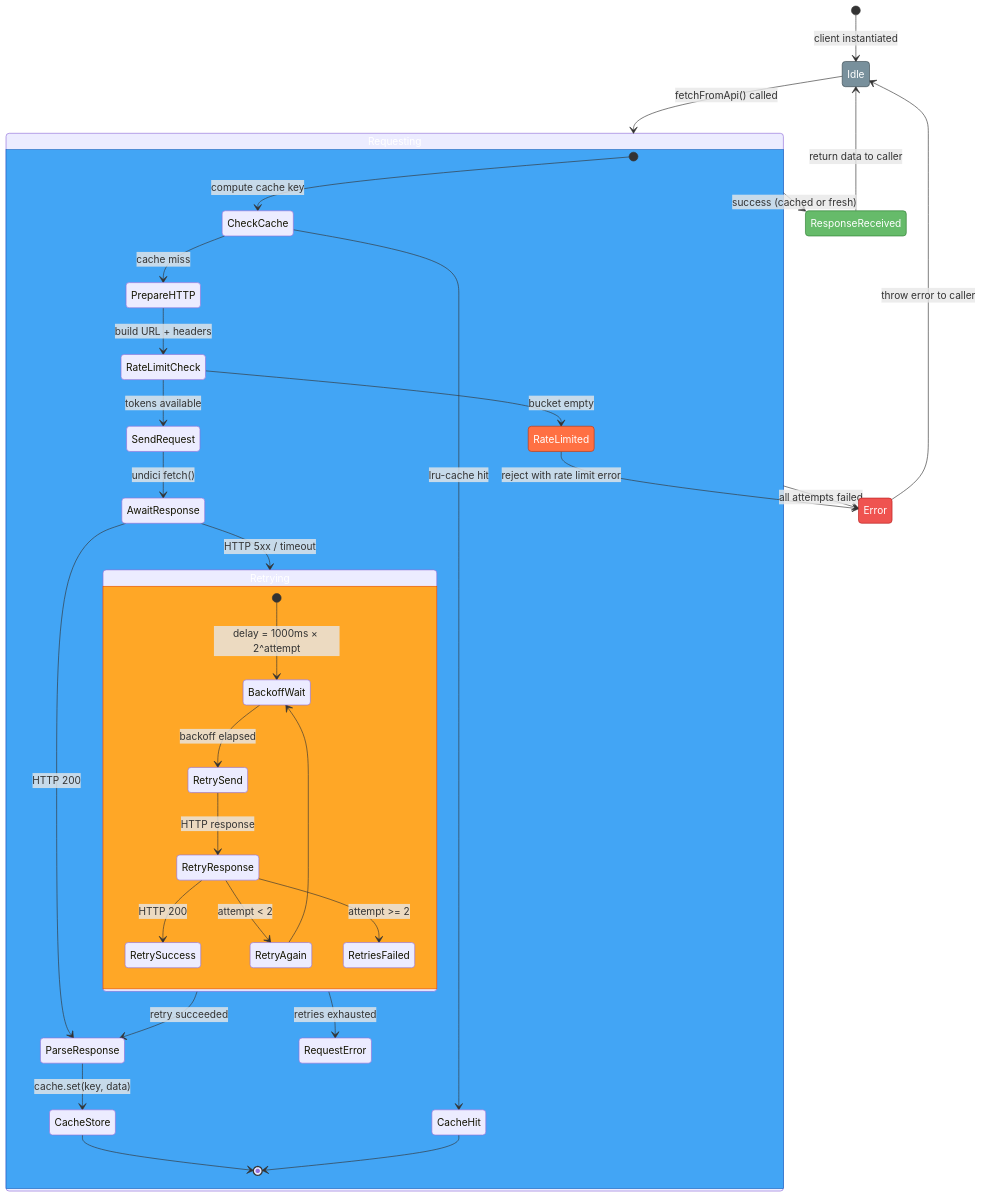
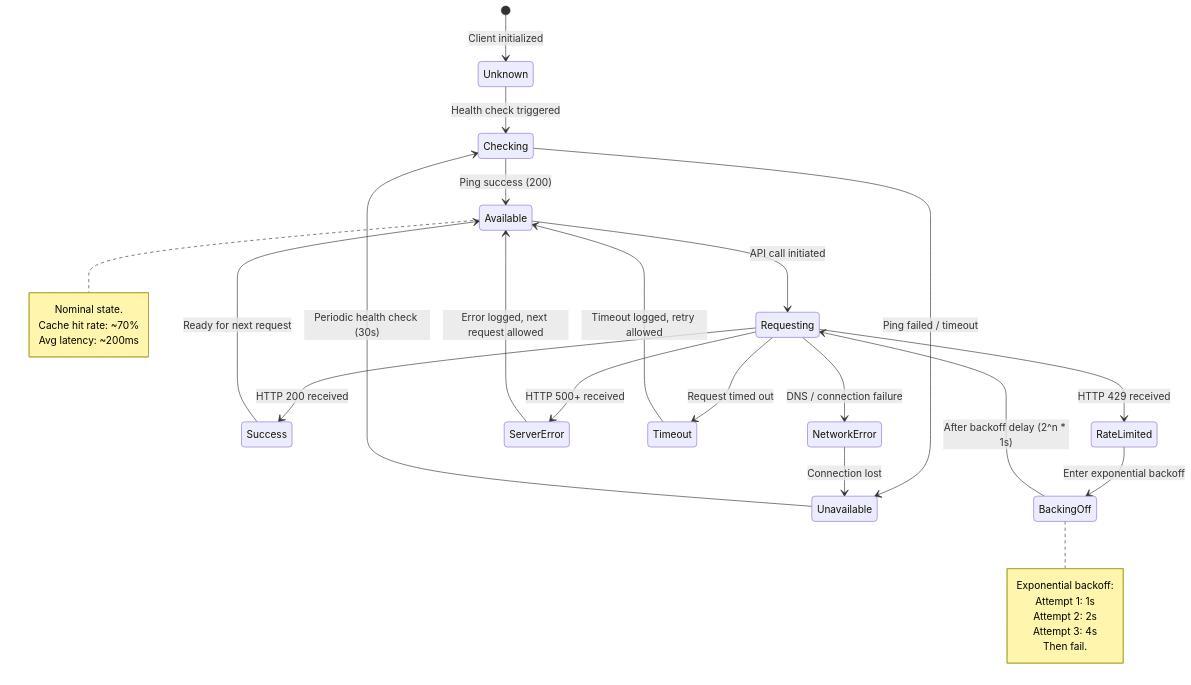
The third of 6 diagrams in STATEDIAGRAM.md (Hack23/European-Parliament-MCP-Server), drawn with Mermaid before and after one commit. The commit also changed other lines of this file and 13 other files, not shown here.

````diff
--- a/STATEDIAGRAM.md
+++ b/STATEDIAGRAM.md
@@ -340,58 +147,39 @@
 ```mermaid
 stateDiagram-v2
-    [*] --> Idle: client instantiated
+    [*] --> Unknown : Client initialized
 
-    Idle --> Requesting: fetchFromApi() called
+    Unknown --> Checking : Health check triggered
+    Checking --> Available : Ping success (200)
+    Checking --> Unavailable : Ping failed / timeout
 
-    state Requesting {
-        [*] --> CheckCache: compute cache key
-        CheckCache --> CacheHit: lru-cache hit
-        CheckCache --> PrepareHTTP: cache miss
+    Available --> Requesting : API call initiated
+    Requesting --> Success : HTTP 200 received
+    Requesting --> RateLimited : HTTP 429 received
+    Requesting --> ServerError : HTTP 500+ received
+    Requesting --> Timeout : Request timed out
+    Requesting --> NetworkError : DNS / connection failure
 
-        PrepareHTTP --> RateLimitCheck: build URL + headers
-        RateLimitCheck --> SendRequest: tokens available
-        RateLimitCheck --> RateLimited: bucket empty
+    Success --> Available : Ready for next request
+    RateLimited --> BackingOff : Enter exponential backoff
+    BackingOff --> Requesting : After backoff delay (2^n * 1s)
 
-        SendRequest --> AwaitResponse: undici fetch()
-        AwaitResponse --> ParseResponse: HTTP 200
-        AwaitResponse --> Retrying: HTTP 5xx / timeout
+    ServerError --> Available : Error logged, next request allowed
+    Timeout --> Available : Timeout logged, retry allowed
+    NetworkError --> Unavailable : Connection lost
 
-        state Retrying {
-            [*] --> BackoffWait: delay = 1000ms × 2^attempt
-            BackoffWait --> RetrySend: backoff elapsed
-            RetrySend --> RetryResponse: HTTP response
-            RetryResponse --> RetrySuccess: HTTP 200
-            RetryResponse --> RetryAgain: attempt < 2
-            RetryAgain --> BackoffWait
-            RetryResponse --> RetriesFailed: attempt >= 2
-        }
+    Unavailable --> Checking : Periodic health check (30s)
 
-        Retrying --> ParseResponse: retry succeeded
-        Retrying --> RequestError: retries exhausted
+    note right of Available
+        Nominal state.
+        Cache hit rate: ~70%
+        Avg latency: ~200ms
+    end note
 
-        ParseResponse --> CacheStore: cache.set(key, data)
-        CacheStore --> [*]
-        CacheHit --> [*]
-    }
-
-    Requesting --> ResponseReceived: success (cached or fresh)
-    Requesting --> Error: all attempts failed
-
-    ResponseReceived --> Idle: return data to caller
-    RateLimited --> Error: reject with rate limit error
-    Error --> Idle: throw error to caller
-
-    classDef idle fill:#78909C,stroke:#37474F,color:#fff
-    classDef requesting fill:#42A5F5,stroke:#1565C0,color:#fff
-    classDef success fill:#66BB6A,stroke:#2E7D32,color:#fff
-    classDef retry fill:#FFA726,stroke:#E65100,color:#fff
-    classDef error fill:#EF5350,stroke:#B71C1C,color:#fff
-    classDef ratelimit fill:#FF7043,stroke:#BF360C,color:#fff
-
-    class Idle idle
-    class Requesting requesting
-    class ResponseReceived success
-    class Retrying retry
-    class Error error
-    class RateLimited ratelimit
+    note right of BackingOff
+        Exponential backoff:
+        Attempt 1: 1s
+        Attempt 2: 2s
+        Attempt 3: 4s
+        Then fail.
+    end note
 ```
````
